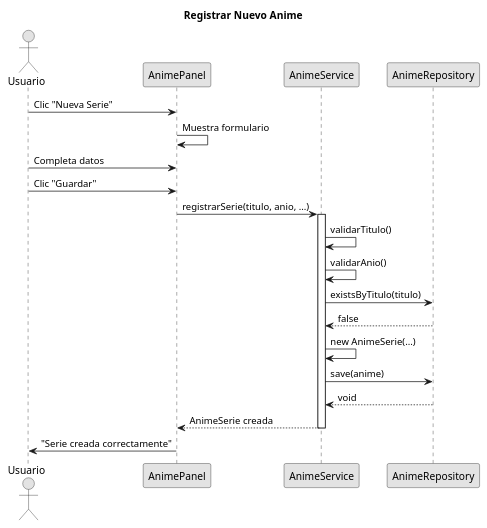
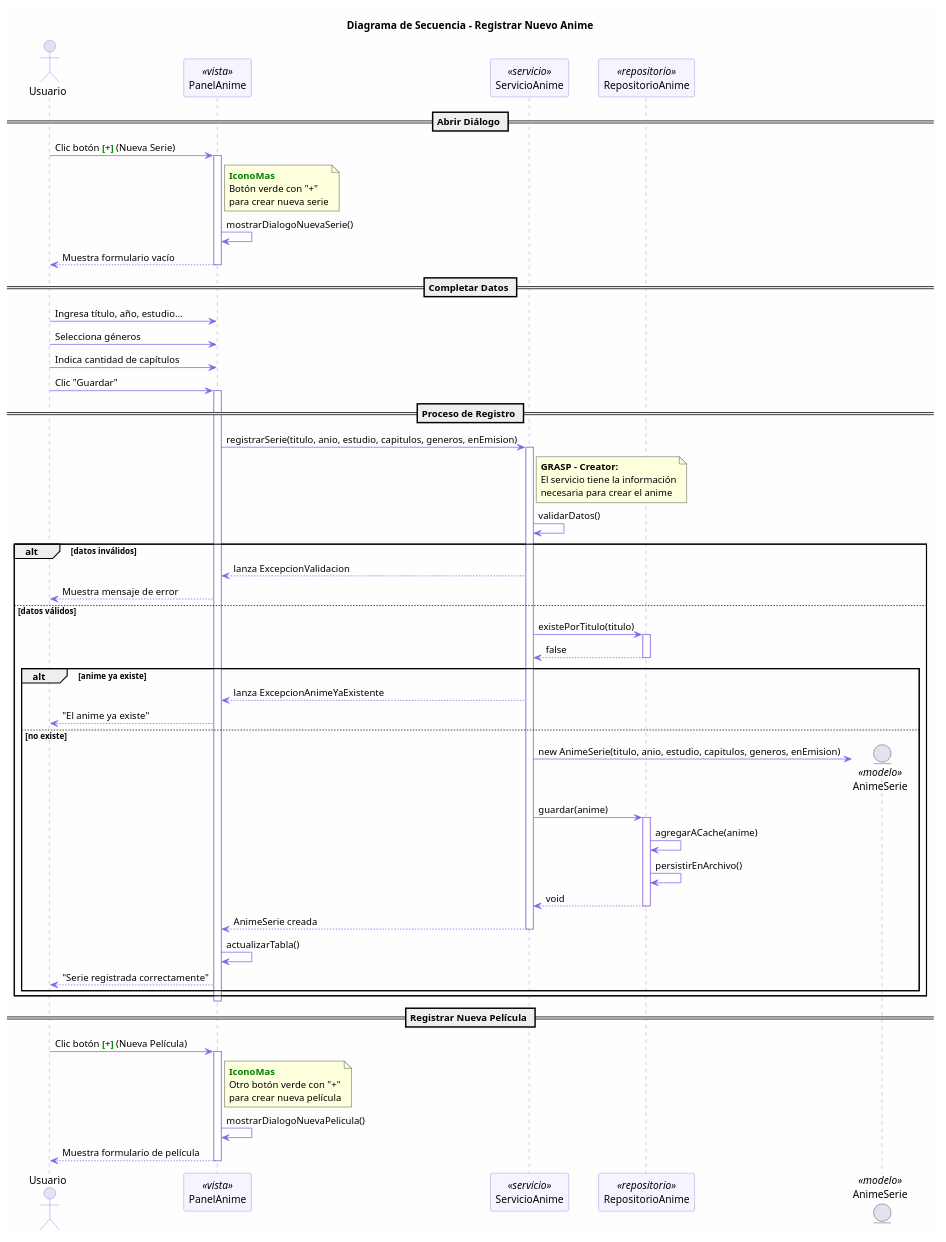
One commit to tobiascriscuolo/clasificadorAnime changed the diagram in docs/uml/01_registrar_anime.puml. Above: the diagram before and after it, drawn with PlantUML. The commit also changed 96 other files, not shown here.

First line of the commit message:
Refactoring completo a espaÃ±ol + iconos + selecciÃ³n mÃºltiple + diagramas UML

```diff
--- a/docs/uml/01_registrar_anime.puml
+++ b/docs/uml/01_registrar_anime.puml
@@ -1,31 +1,97 @@
 @startuml
-title Registrar Nuevo Anime
-skinparam monochrome true
+title Diagrama de Secuencia - Registrar Nuevo Anime
+skinparam backgroundColor #FEFEFE
+skinparam sequence {
+    ArrowColor #7B68EE
+    LifeLineBorderColor #9370DB
+    ParticipantBackgroundColor #F5F5FF
+    ParticipantBorderColor #9370DB
+    ActorBorderColor #7B68EE
+}
 
 actor Usuario
-participant "AnimePanel" as UI
-participant "AnimeService" as Service
-participant "AnimeRepository" as Repo
+participant "PanelAnime" as UI <<vista>>
+participant "ServicioAnime" as Servicio <<servicio>>
+participant "RepositorioAnime" as Repo <<repositorio>>
+entity "AnimeSerie" as Anime <<modelo>>
 
-Usuario -> UI: Clic "Nueva Serie"
-UI -> UI: Muestra formulario
-Usuario -> UI: Completa datos
+== Abrir Diálogo ==
+Usuario -> UI: Clic botón <color:green><b>[+]</b></color> (Nueva Serie)
+activate UI
+
+note right of UI
+    <color:green><b>IconoMas</b></color>
+    Botón verde con "+"
+    para crear nueva serie
+end note
+
+UI -> UI: mostrarDialogoNuevaSerie()
+UI --> Usuario: Muestra formulario vacío
+deactivate UI
+
+== Completar Datos ==
+Usuario -> UI: Ingresa título, año, estudio...
+Usuario -> UI: Selecciona géneros
+Usuario -> UI: Indica cantidad de capítulos
 Usuario -> UI: Clic "Guardar"
 
-UI -> Service: registrarSerie(titulo, anio, ...)
-activate Service
+== Proceso de Registro ==
+activate UI
+UI -> Servicio: registrarSerie(titulo, anio, estudio, capitulos, generos, enEmision)
+activate Servicio
 
-Service -> Service: validarTitulo()
-Service -> Service: validarAnio()
-Service -> Repo: existsByTitulo(titulo)
-Repo --> Service: false
+note right of Servicio
+    <b>GRASP - Creator:</b>
+    El servicio tiene la información
+    necesaria para crear el anime
+end note
 
-Service -> Service: new AnimeSerie(...)
-Service -> Repo: save(anime)
-Repo --> Service: void
+Servicio -> Servicio: validarDatos()
+alt datos inválidos
+    Servicio --> UI: lanza ExcepcionValidacion
+    UI --> Usuario: Muestra mensaje de error
+else datos válidos
+    Servicio -> Repo: existePorTitulo(titulo)
+    activate Repo
+    Repo --> Servicio: false
+    deactivate Repo
+    
+    alt anime ya existe
+        Servicio --> UI: lanza ExcepcionAnimeYaExistente
+        UI --> Usuario: "El anime ya existe"
+    else no existe
+        create Anime
+        Servicio -> Anime: new AnimeSerie(titulo, anio, estudio, capitulos, generos, enEmision)
+        
+        Servicio -> Repo: guardar(anime)
+        activate Repo
+        Repo -> Repo: agregarACache(anime)
+        Repo -> Repo: persistirEnArchivo()
+        Repo --> Servicio: void
+        deactivate Repo
+        
+        Servicio --> UI: AnimeSerie creada
+        deactivate Servicio
+        
+        UI -> UI: actualizarTabla()
+        UI --> Usuario: "Serie registrada correctamente"
+    end
+end
 
-Service --> UI: AnimeSerie creada
-deactivate Service
+deactivate UI
 
-UI -> Usuario: "Serie creada correctamente"
+== Registrar Nueva Película ==
+Usuario -> UI: Clic botón <color:green><b>[+]</b></color> (Nueva Película)
+activate UI
+
+note right of UI
+    <color:green><b>IconoMas</b></color>
+    Otro botón verde con "+"
+    para crear nueva película
+end note
+
+UI -> UI: mostrarDialogoNuevaPelicula()
+UI --> Usuario: Muestra formulario de película
+deactivate UI
+
 @enduml
```
